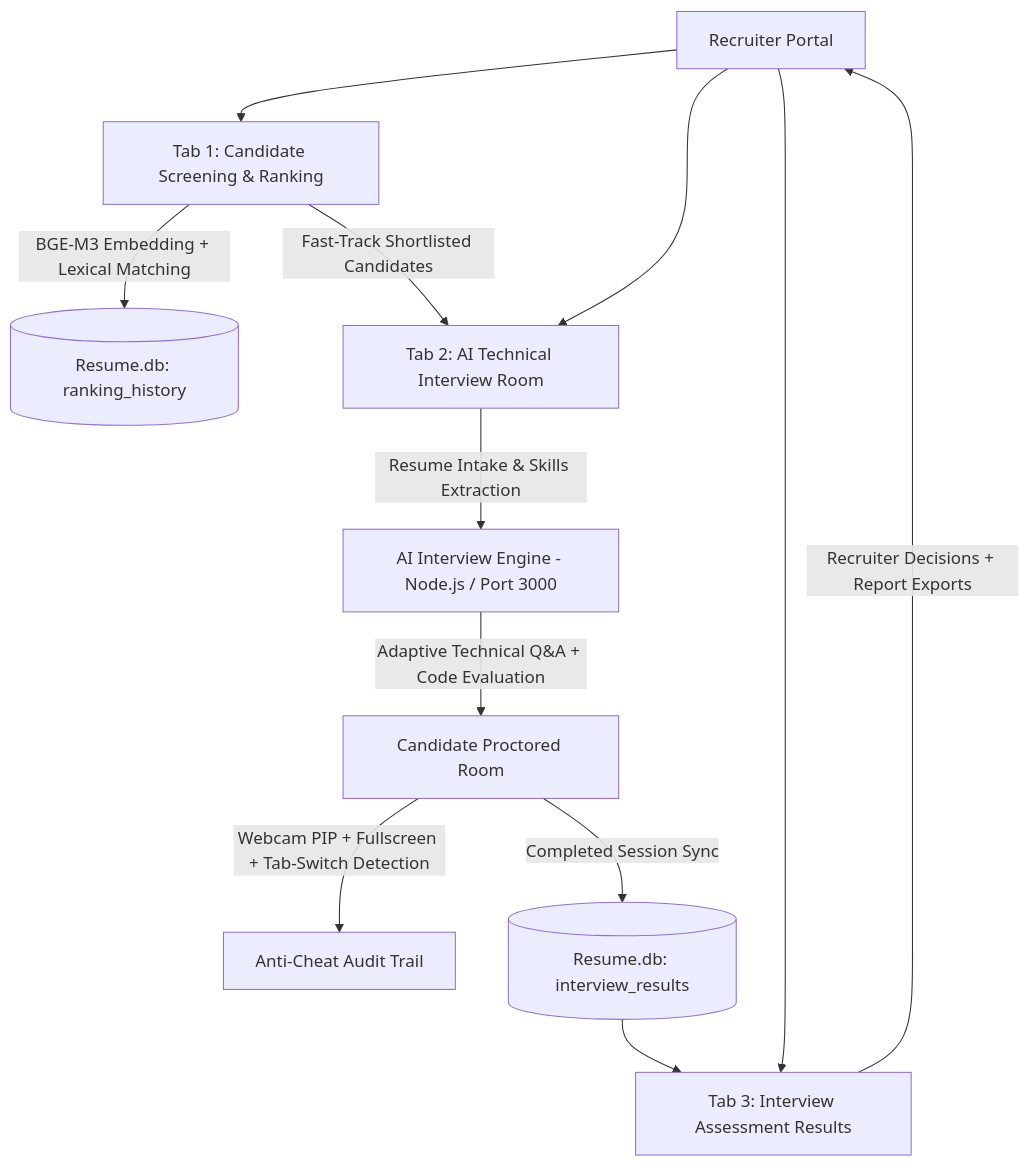
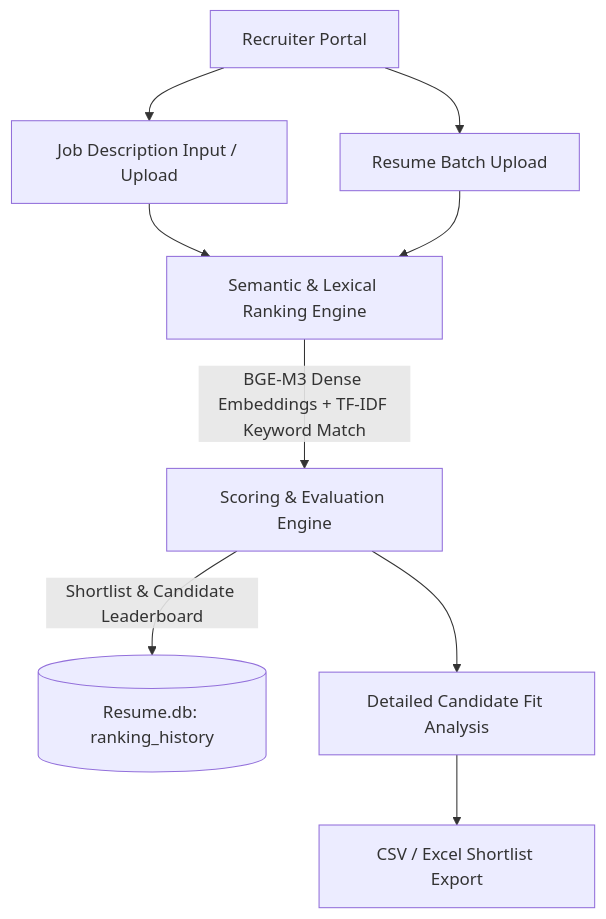
The diagram in README.md (VengurlekarMayuresh/Resume-screening-NLP-main), drawn with Mermaid before and after one commit. The commit also changed other lines of this file and 1772 other files, not shown here.

````diff
--- a/README.md
+++ b/README.md
@@ -9,17 +9,13 @@
 ```mermaid
 graph TD
-    A[Recruiter Portal] --> B[Tab 1: Candidate Screening & Ranking]
-    A --> C[Tab 2: AI Technical Interview Room]
-    A --> D[Tab 3: Interview Assessment Results]
+    A[Recruiter Portal] --> B[Job Description Input / Upload]
+    A --> C[Resume Batch Upload]
     
-    B -->|BGE-M3 Embedding + Lexical Matching| E[(Resume.db: ranking_history)]
-    B -->|Fast-Track Shortlisted Candidates| C
+    B --> D[Semantic & Lexical Ranking Engine]
+    C --> D
     
-    C -->|Resume Intake & Skills Extraction| F[AI Interview Engine - Node.js / Port 3000]
-    F -->|Adaptive Technical Q&A + Code Evaluation| G[Candidate Proctored Room]
-    G -->|Webcam PIP + Fullscreen + Tab-Switch Detection| H[Anti-Cheat Audit Trail]
-    
-    G -->|Completed Session Sync| I[(Resume.db: interview_results)]
-    I --> D
-    D -->|Recruiter Decisions + Report Exports| A
+    D -->|BGE-M3 Dense Embeddings + TF-IDF Keyword Match| E[Scoring & Evaluation Engine]
+    E -->|Shortlist & Candidate Leaderboard| F[(Resume.db: ranking_history)]
+    E --> G[Detailed Candidate Fit Analysis]
+    G --> H[CSV / Excel Shortlist Export]
 ```
````
